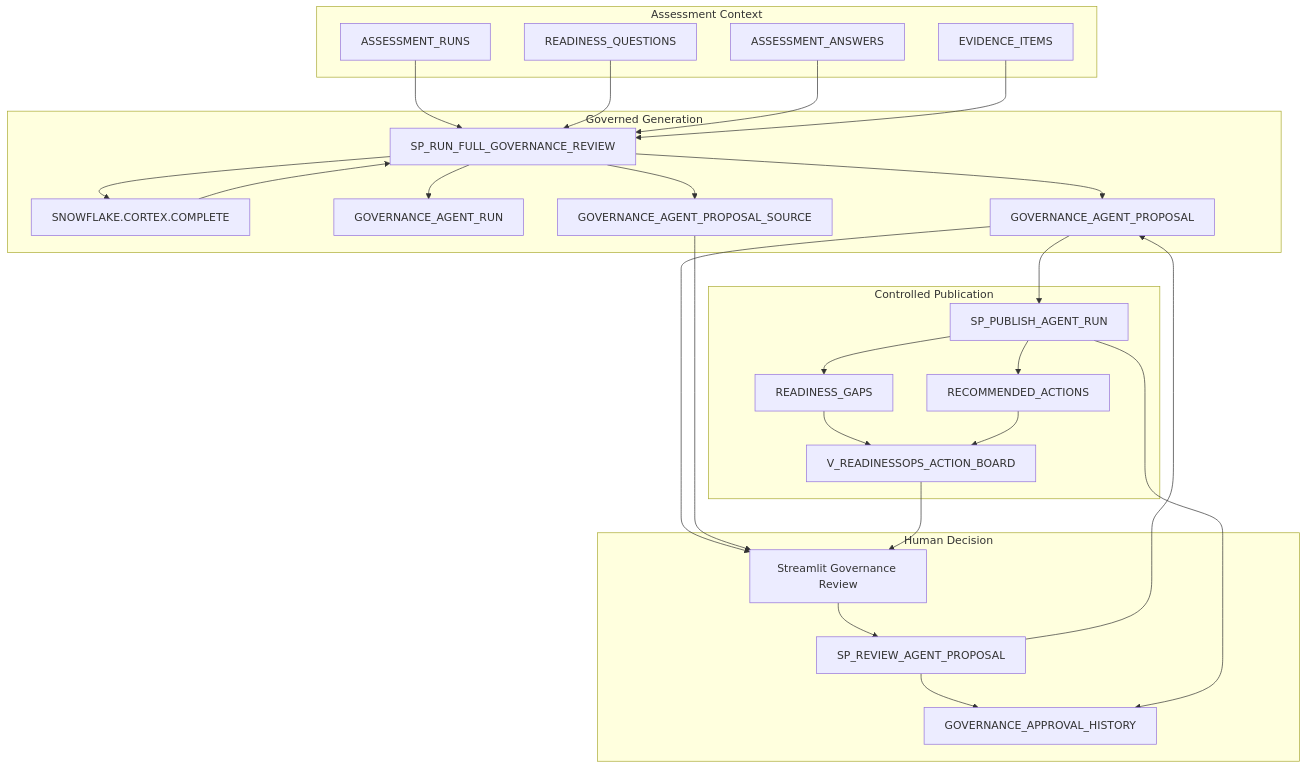
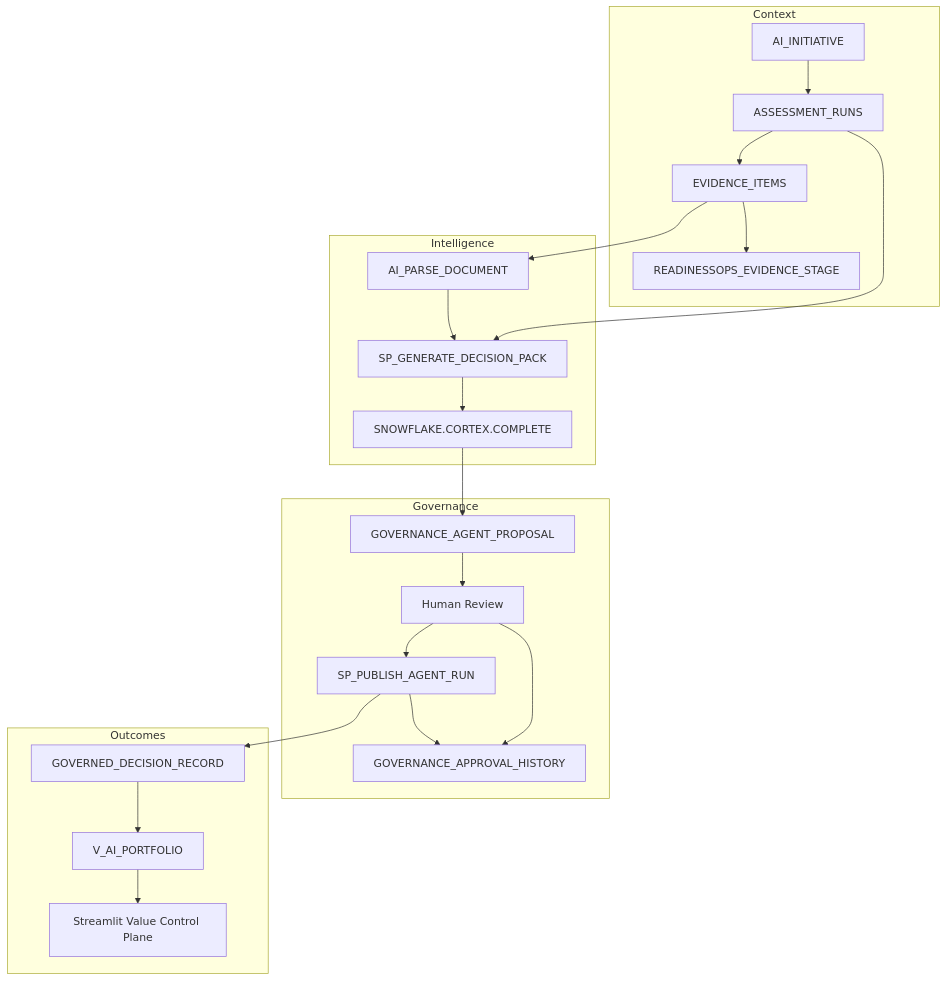
One commit to solidfdn/solifan-readinessops changed the first of 2 diagrams in docs/architecture.md. Above: the diagram before and after it, drawn with Mermaid. The commit also changed other lines of this file and 8 other files, not shown here.

````diff
--- a/docs/architecture.md
+++ b/docs/architecture.md
@@ -17,56 +15,44 @@
 ```mermaid
 flowchart TD
-    subgraph Assessment Context
+    subgraph Context
+        AI[AI_INITIATIVE]
         AR[ASSESSMENT_RUNS]
-        RQ[READINESS_QUESTIONS]
-        AA[ASSESSMENT_ANSWERS]
         EI[EVIDENCE_ITEMS]
+        ES[READINESSOPS_EVIDENCE_STAGE]
     end
 
-    subgraph Governed Generation
-        SP1[SP_RUN_FULL_GOVERNANCE_REVIEW]
+    subgraph Intelligence
+        PDF[AI_PARSE_DOCUMENT]
+        DP[SP_GENERATE_DECISION_PACK]
         CX[SNOWFLAKE.CORTEX.COMPLETE]
-        GR[GOVERNANCE_AGENT_RUN]
-        GP[GOVERNANCE_AGENT_PROPOSAL]
-        GS[GOVERNANCE_AGENT_PROPOSAL_SOURCE]
     end
 
-    subgraph Human Decision
-        ST[Streamlit Governance Review]
-        SP2[SP_REVIEW_AGENT_PROPOSAL]
+    subgraph Governance
+        GP[GOVERNANCE_AGENT_PROPOSAL]
+        HR[Human Review]
+        PH[SP_PUBLISH_AGENT_RUN]
         AH[GOVERNANCE_APPROVAL_HISTORY]
     end
 
-    subgraph Controlled Publication
-        SP3[SP_PUBLISH_AGENT_RUN]
-        RG[READINESS_GAPS]
-        RA[RECOMMENDED_ACTIONS]
-        VW[V_READINESSOPS_ACTION_BOARD]
+    subgraph Outcomes
+        DR[GOVERNED_DECISION_RECORD]
+        PV[V_AI_PORTFOLIO]
+        ST[Streamlit Value Control Plane]
     end
 
-    AR --> SP1
-    RQ --> SP1
-    AA --> SP1
-    EI --> SP1
-
-    SP1 --> CX
-    CX --> SP1
-    SP1 --> GR
-    SP1 --> GP
-    SP1 --> GS
-
-    GP --> ST
-    GS --> ST
-    ST --> SP2
-    SP2 --> GP
-    SP2 --> AH
-
-    GP --> SP3
-    SP3 --> RG
-    SP3 --> RA
-    SP3 --> AH
-
-    RG --> VW
-    RA --> VW
-    VW --> ST
+    AI --> AR
+    AR --> EI
+    EI --> ES
+    EI --> PDF
+    AR --> DP
+    PDF --> DP
+    DP --> CX
+    CX --> GP
+    GP --> HR
+    HR --> AH
+    HR --> PH
+    PH --> DR
+    PH --> AH
+    DR --> PV
+    PV --> ST
 ```
````
